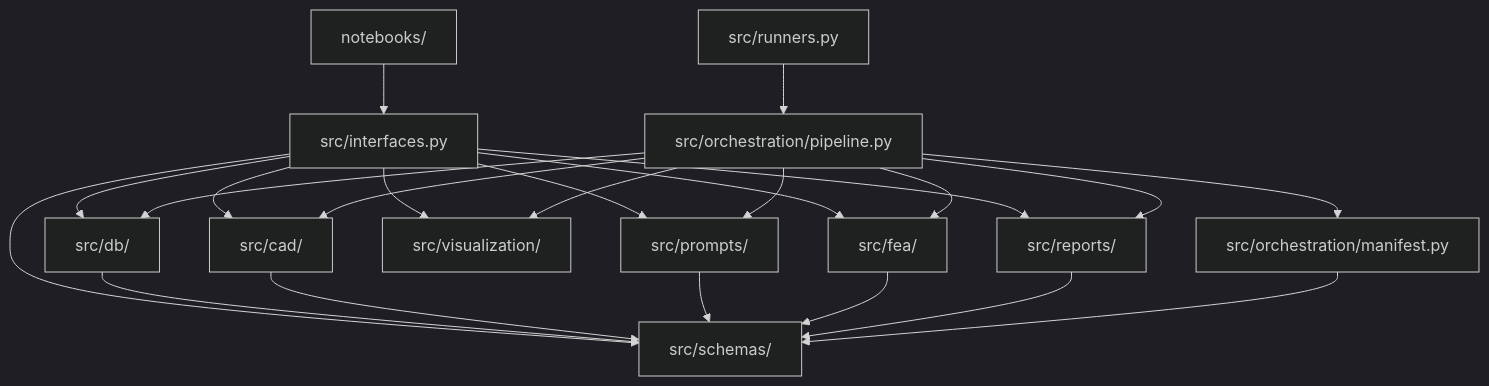
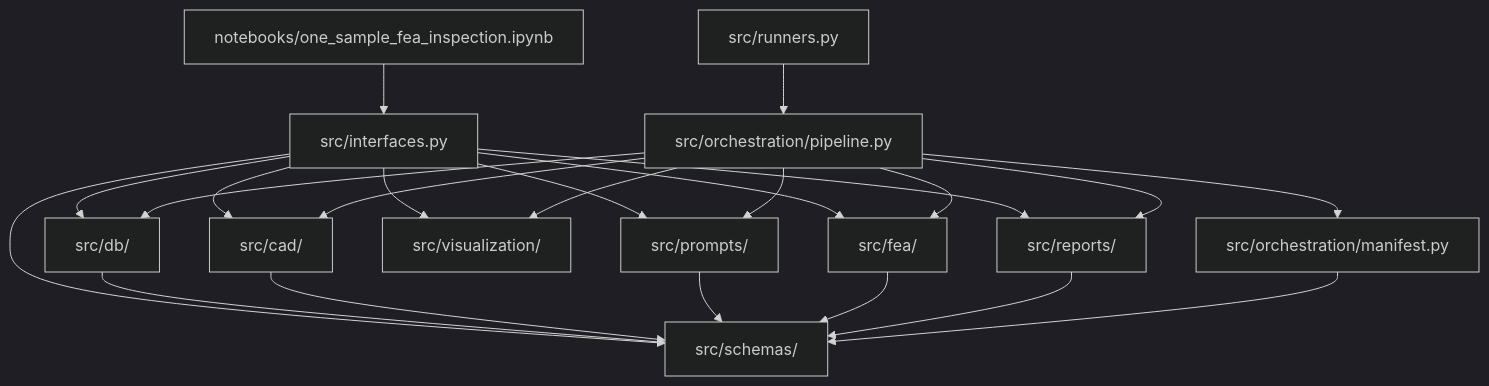
One commit to Vedaang-Chopra/CAD-Physics changed the diagram in code_base/fea_cad_one_sample/README.md. Above: the diagram before and after it, drawn with Mermaid (dark theme). The commit also changed other lines of this file and 2 other files, not shown here.

````diff
--- a/code_base/fea_cad_one_sample/README.md
+++ b/code_base/fea_cad_one_sample/README.md
@@ -20,25 +20,25 @@
 ```mermaid
 flowchart TD
-    N[notebooks/] --> I[src/interfaces.py]
+    N[notebooks/one_sample_fea_inspection.ipynb] --> I[src/interfaces.py]
     I --> C[src/cad/]
     I --> D[src/db/]
     I --> P[src/prompts/]
     I --> V[src/visualization/]
     I --> F[src/fea/]
     I --> M[src/reports/]
     I --> S[src/schemas/]
     R[src/runners.py] --> O[src/orchestration/pipeline.py]
     O --> M2[src/orchestration/manifest.py]
     O --> D
     O --> C
     O --> P
     O --> V
     O --> F
     O --> M
     D --> S
     C --> S
     P --> S
     F --> S
     M --> S
     M2 --> S
 ```
````
